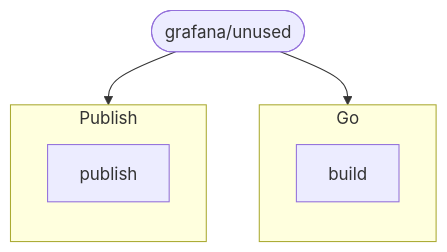
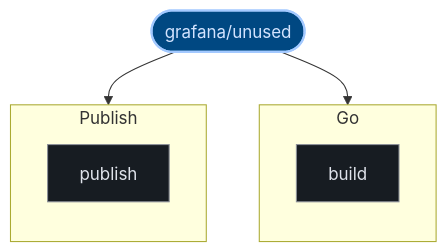
The third of 3 diagrams in exports/latest/reports/grafana-unused-report.md (kumarshaz/atruss-code-atlas), drawn with Mermaid before and after one commit. The commit also changed other lines of this file and 331 other files, not shown here.

Commit message:
docs,ui,fix: update SDLC docs, reorder CI/CD DAG first, stylize Mermaid, and fix Arc42 pipeline topology

````diff
--- a/exports/latest/reports/grafana-unused-report.md
+++ b/exports/latest/reports/grafana-unused-report.md
@@ -197,14 +208,21 @@
 ```mermaid
 graph TD;
-  pipeline_root(["grafana/unused"])
+  classDef atlasRoot fill:#004882,stroke:#a3c9ff,stroke-width:2px,color:#d3e4ff
+  classDef atlasCategory fill:#212428,stroke:#E87A48,stroke-width:1.5px,color:#dfe3eb
+  classDef atlasWorkflow fill:#1b2026,stroke:#a3c9ff,stroke-width:1.5px,color:#dfe3eb
+  classDef atlasJob fill:#171c22,stroke:#8d9199,stroke-width:1px,color:#dfe3eb
+  classDef atlasTarget fill:#005227,stroke:#8bd99b,stroke-width:1.5px,color:#a7f6b6
+  classDef atlasAlert fill:#93000a,stroke:#ffb4ab,stroke-width:1.5px,color:#ffdad6
+  classDef atlasMore fill:#252a31,stroke:#8d9199,stroke-dasharray:4 4,color:#c3c6cf
+  pipeline_root(["grafana/unused"]):::atlasRoot
   subgraph Go_0["Go"]
     direction TB
-    0_build["build"]
+    0_build["build"]:::atlasJob
   end
   pipeline_root --> 0_build
   subgraph Publish_1["Publish"]
     direction TB
-    1_publish["publish"]
+    1_publish["publish"]:::atlasJob
   end
   pipeline_root --> 1_publish
 ```
````
